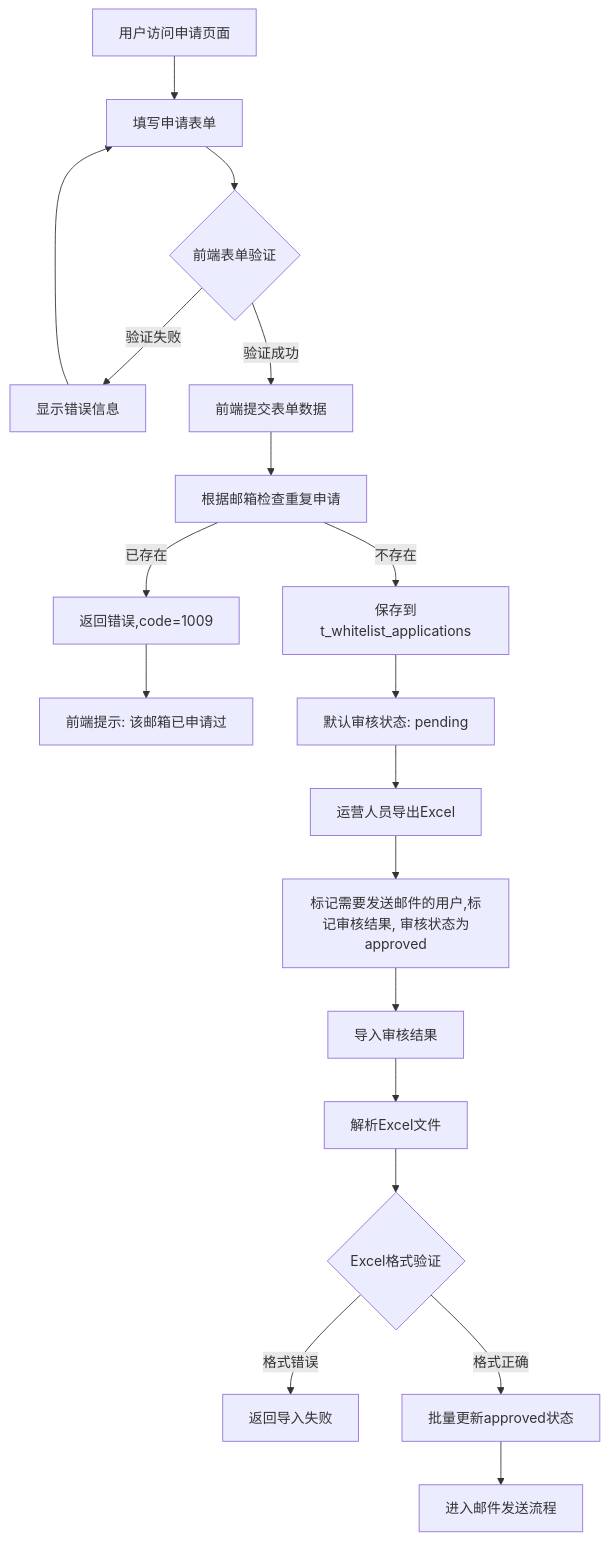
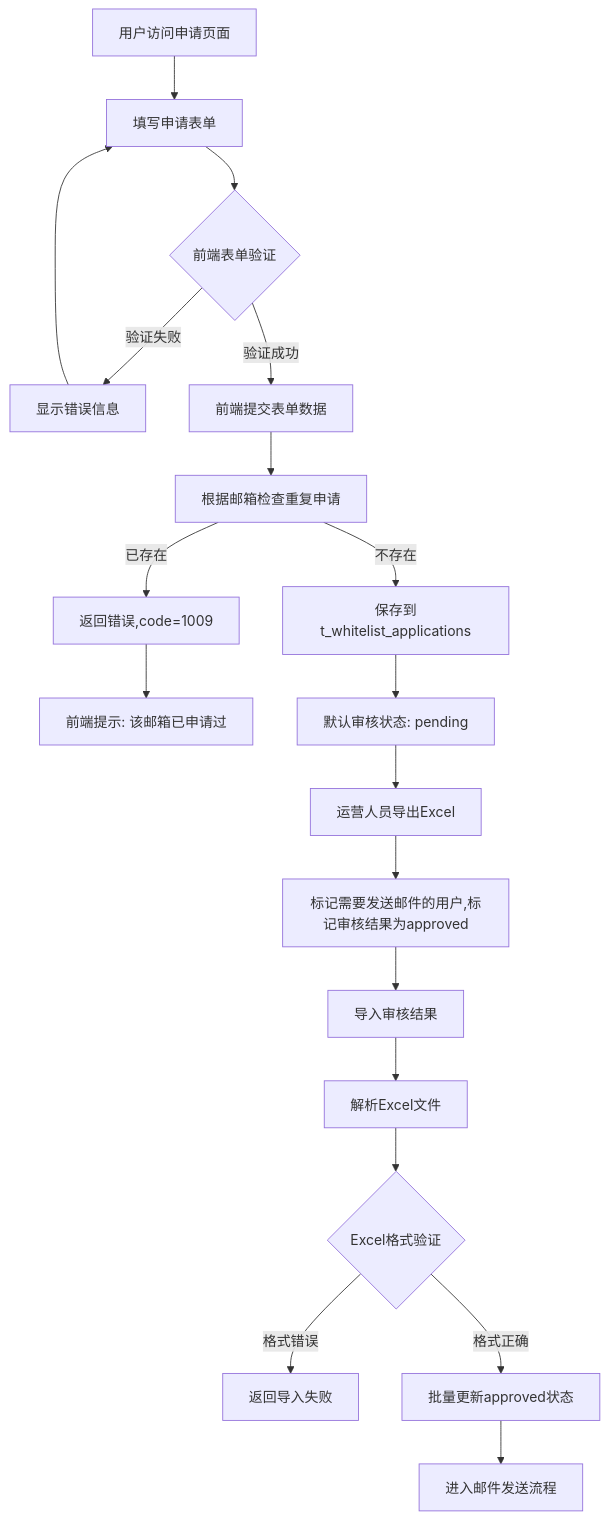
The diagram in all/未命名-73.md (yingjianzh/iodraw-files), drawn with Mermaid before and after one commit.

Commit message:
2025-07-07 09:50:43 update

````diff
--- a/all/未命名-73.md
+++ b/all/未命名-73.md
@@ -1,24 +1,24 @@
 ```mermaid
 
 flowchart TD
     A[用户访问申请页面] --> B[填写申请表单]
     B --> C{前端表单验证}
     C -->|验证失败| D[显示错误信息]
     D --> B
     C -->|验证成功| E[前端提交表单数据]
     E --> F[根据邮箱检查重复申请]
     F -->|已存在| G[返回错误,code=1009]
     G --> H[前端提示: 该邮箱已申请过]
     F -->|不存在| I[保存到t_whitelist_applications]
     I --> K[默认审核状态: pending]
     
     K --> P[运营人员导出Excel]
-    P --> S[标记需要发送邮件的用户,标记审核结果, 审核状态为approved]
+    P --> S[标记需要发送邮件的用户,标记审核结果为approved]
     S --> T[导入审核结果]
     T --> T2[解析Excel文件]
     T2 --> T3{Excel格式验证}
     T3 -->|格式错误| T4[返回导入失败]
     T3 -->|格式正确| U[批量更新approved状态]
     U --> V[进入邮件发送流程]
 
 ```
````
